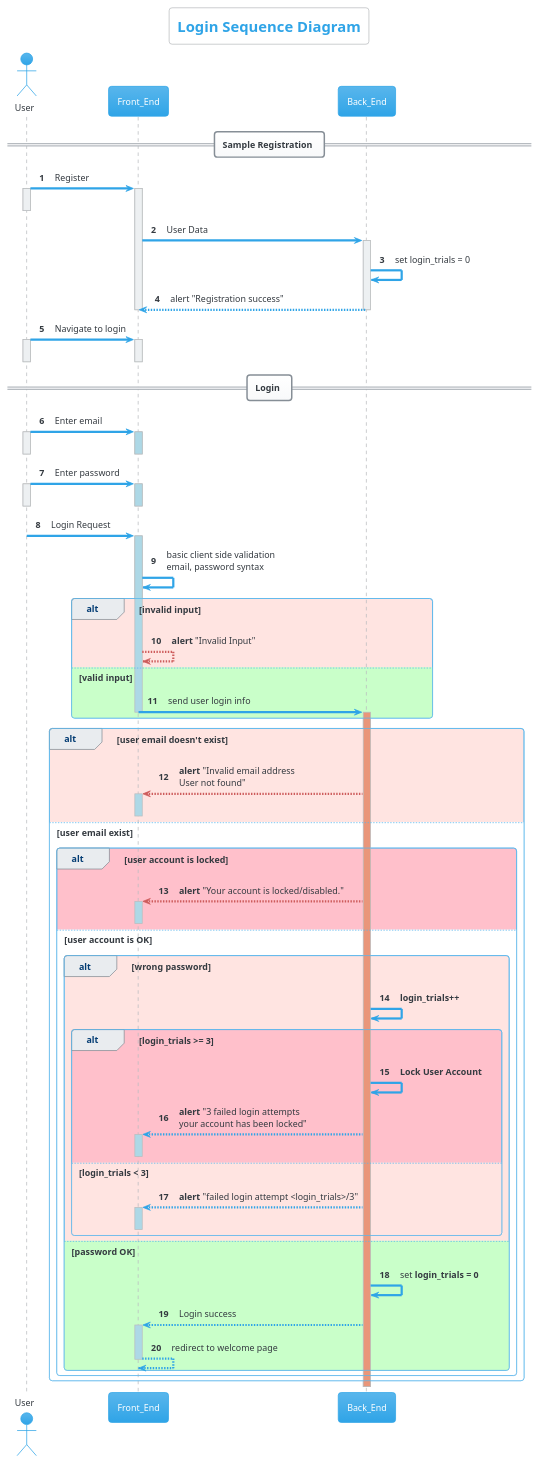
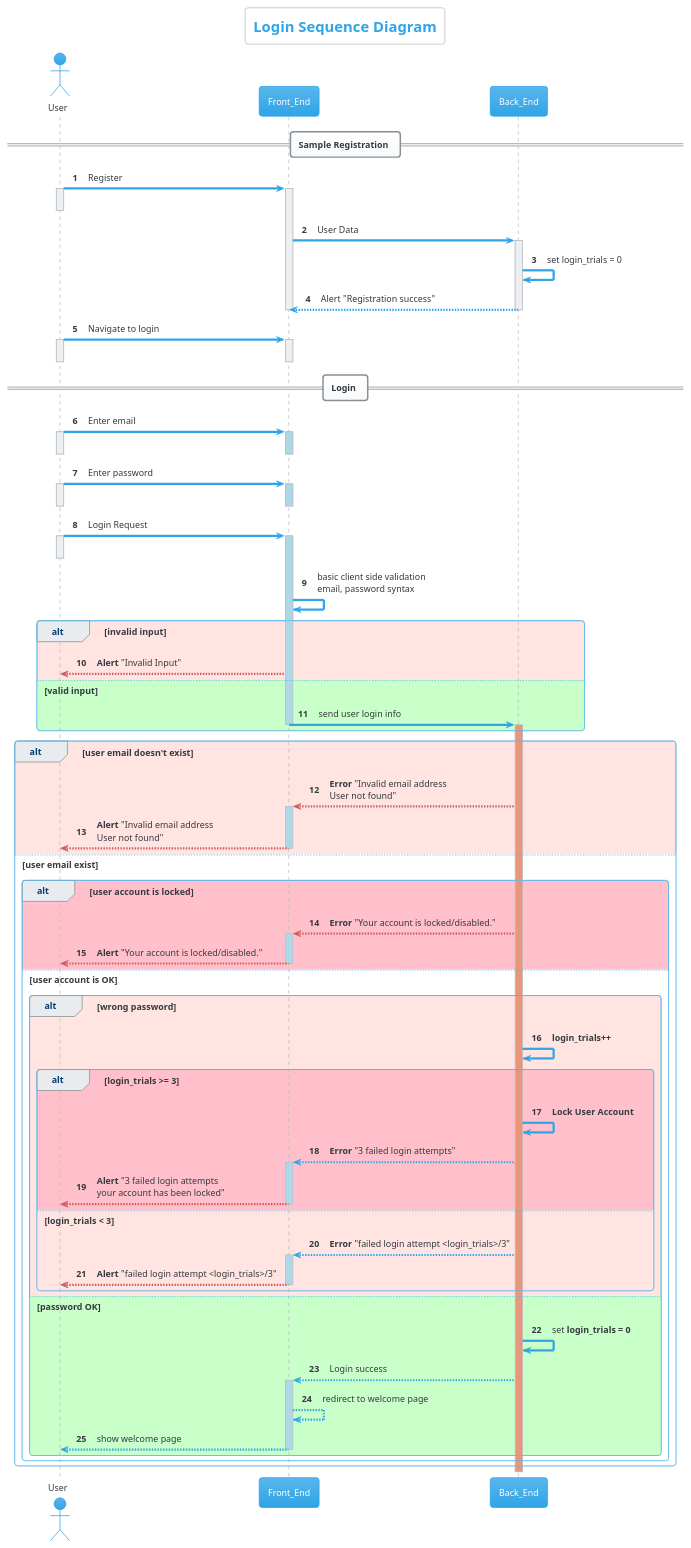
The diagram in SWE/SWE_02_DrawYourFirstSequenceDiagram/Login_Sequence.puml (HossamElwahsh/sprints-automotive), drawn with PlantUML before and after one commit. The commit also changed 2 other files, not shown here.

Commit message:
update <SWE>: tweaks to login sequence diagram

```diff
--- a/SWE/SWE_02_DrawYourFirstSequenceDiagram/Login_Sequence.puml
+++ b/SWE/SWE_02_DrawYourFirstSequenceDiagram/Login_Sequence.puml
@@ -1,95 +1,102 @@
 @startuml
 'https://plantuml.com/sequence-diagram
 'Author: Hossam Elwahsh
 !theme cerulean
 title Login Sequence Diagram
 autonumber
 actor User
 
 skinparam backgroundColor #white
 
 == Sample Registration ==
 User -> Front_End: Register
 activate Front_End
 activate User
 deactivate User
 Front_End -> Back_End: User Data
 activate Back_End
 Back_End -> Back_End: set login_trials = 0
-Back_End --> Front_End: alert "Registration success"
+Back_End --> Front_End: Alert "Registration success"
 deactivate Back_End
 deactivate Front_End
 
 User -> Front_End: Navigate to login
 activate Front_End
 activate User
 deactivate Front_End
 deactivate User
 
 == Login ==
 User -> Front_End: Enter email
 activate Front_End #lightblue
 activate User
 deactivate Front_End
 deactivate User
 User -> Front_End: Enter password
 activate Front_End #lightblue
 deactivate Front_End
 activate User
 deactivate User
 
 User -> Front_End: Login Request
+activate User
+deactivate User
 activate Front_End #lightblue
 Front_End -> Front_End: basic client side validation\nemail, password syntax
 
 alt #mistyrose invalid input
-    Front_End -[#indianred]-> Front_End: **alert** "Invalid Input"
+    Front_End -[#indianred]-> User: **Alert** "Invalid Input"
 
 else #technology valid input
     Front_End -> Back_End: send user login info
 
     deactivate Front_End #lightblue
     activate Back_End #darkSalmon
 end
 
 alt #mistyrose user email doesn't exist
 
-Back_End -[#indianred]-> Front_End: **alert** "Invalid email address\nUser not found"
+Back_End -[#indianred]-> Front_End: **Error** "Invalid email address\nUser not found"
 activate Front_End #lightblue
+User <-[#indianred]- Front_End: **Alert** "Invalid email address\nUser not found"
 deactivate Front_End
 
 else #white user email exist
     alt #pink user account is locked
-    Back_End -[#indianred]-> Front_End: **alert** "Your account is locked/disabled."
+    Back_End -[#indianred]-> Front_End: **Error** "Your account is locked/disabled."
     activate Front_End #lightblue
+    User <-[#indianred]- Front_End: **Alert** "Your account is locked/disabled."
     deactivate Front_End
 
     else #white user account is OK
         alt #mistyrose wrong password
         Back_End -> Back_End: **login_trials++**
 
             alt #pink login_trials >= 3
                 Back_End -> Back_End: **Lock User Account**
-                Back_End --> Front_End: **alert** "3 failed login attempts\nyour account has been locked"
+                Back_End --> Front_End: **Error** "3 failed login attempts"
                 activate Front_End #lightblue
+                User <-[#indianred]- Front_End: **Alert** "3 failed login attempts\nyour account has been locked"
                 deactivate Front_End
 
             else #mistyrose login_trials < 3
-            Back_End --> Front_End: **alert** "failed login attempt <login_trials>/3"
+            Back_End --> Front_End: **Error** "failed login attempt <login_trials>/3"
             activate Front_End #lightblue
+            User <-[#indianred]- Front_End: **Alert** "failed login attempt <login_trials>/3"
             deactivate Front_End
 
             end
 
         else #technology password OK
             Back_End -> Back_End: set **login_trials = 0**
             Back_End --> Front_End: Login success
             activate Front_End #lightblue
             Front_End --> Front_End: redirect to welcome page
+            Front_End --> User: show welcome page
             deactivate Front_End
         end
     end
 
 end
 
 @enduml
```
